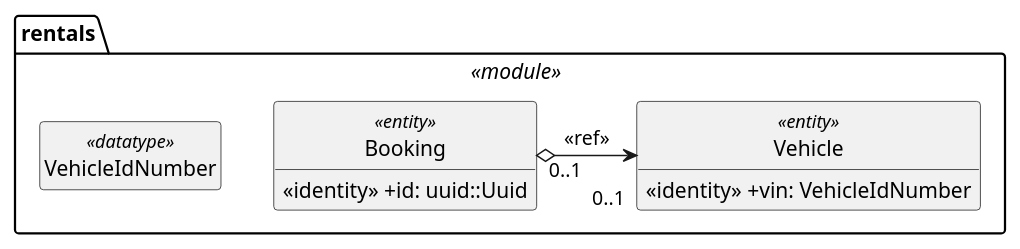
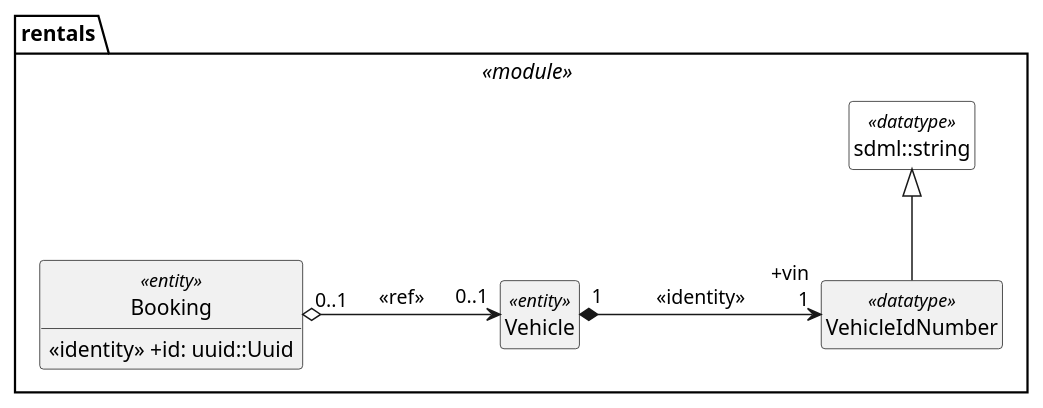
Before and after one commit to sdm-lang/tree-sitter-sdml: diagram 13 of 19 in docs/uml-profile.org, drawn with PlantUML. The commit also changed other lines of this file and 25 other files, not shown here.

Commit message:
docs: working on UML profile

```diff
--- a/docs/uml-profile.org
+++ b/docs/uml-profile.org
@@ -236,16 +488,21 @@
 #+BEGIN_SRC plantuml :file uml-ex-entity.svg
 skinparam backgroundColor transparent
+skinparam style strictuml
+skinparam linetype polyline
+skinparam nodesep 100
+
 hide circle
 hide empty members
 
 package rentals <<module>> {
+    class "sdml::string" as string <<datatype>> #white {}
     class VehicleIdNumber <<datatype>> {}
-    class Vehicle <<entity>> {
-        <<identity>> +vin: VehicleIdNumber
-    }
+    class Vehicle <<entity>> {}
     class Booking <<entity>> {
         <<identity>> +id: uuid::Uuid
     }
-    Booking "0..1" o--r-> "\n0..1" Vehicle: <<ref>>
+    VehicleIdNumber -up-|> string
+    Booking "\l0..1" o--r-> "\r0..1" Vehicle: <<ref>>
+    Vehicle "\l1" *--r--> "+vin\r1" VehicleIdNumber: <<identity>>
 }
 #+END_SRC
```
